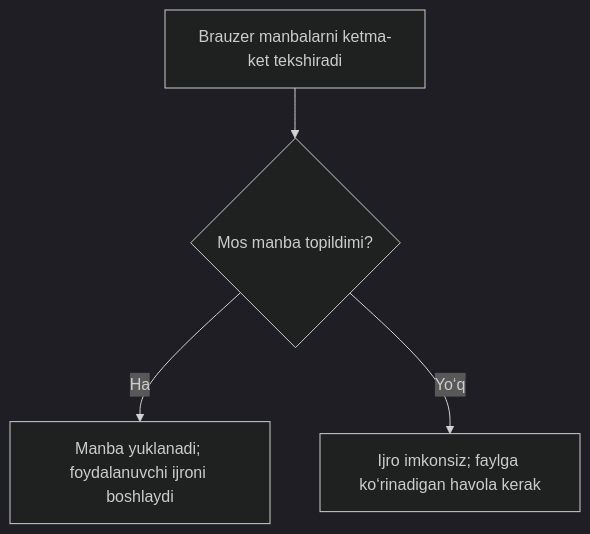
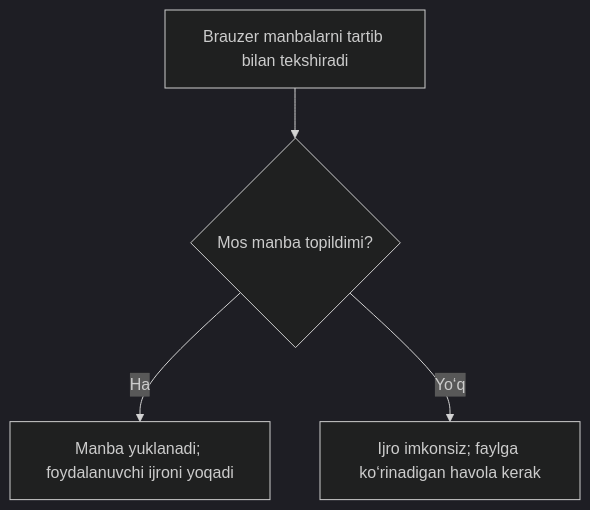
One commit to JLearn-space/JLearn-docs changed the second of 2 diagrams in HTML/Lesson-4/uz/Rasmlar va media.md. Above: the diagram before and after it, drawn with Mermaid (dark theme). The commit also changed other lines of this file and 148 other files, not shown here.

````diff
--- a/HTML/Lesson-4/uz/Rasmlar va media.md
+++ b/HTML/Lesson-4/uz/Rasmlar va media.md
@@ -243,6 +249,6 @@
 ```mermaid
 flowchart TD
-    A["Brauzer manbalarni ketma-ket tekshiradi"] --> B{"Mos manba topildimi?"}
-    B -->|Ha| C["Manba yuklanadi; foydalanuvchi ijroni boshlaydi"]
+    A["Brauzer manbalarni tartib bilan tekshiradi"] --> B{"Mos manba topildimi?"}
+    B -->|Ha| C["Manba yuklanadi; foydalanuvchi ijroni yoqadi"]
     B -->|Yo‘q| D["Ijro imkonsiz; faylga ko‘rinadigan havola kerak"]
 ```
````
